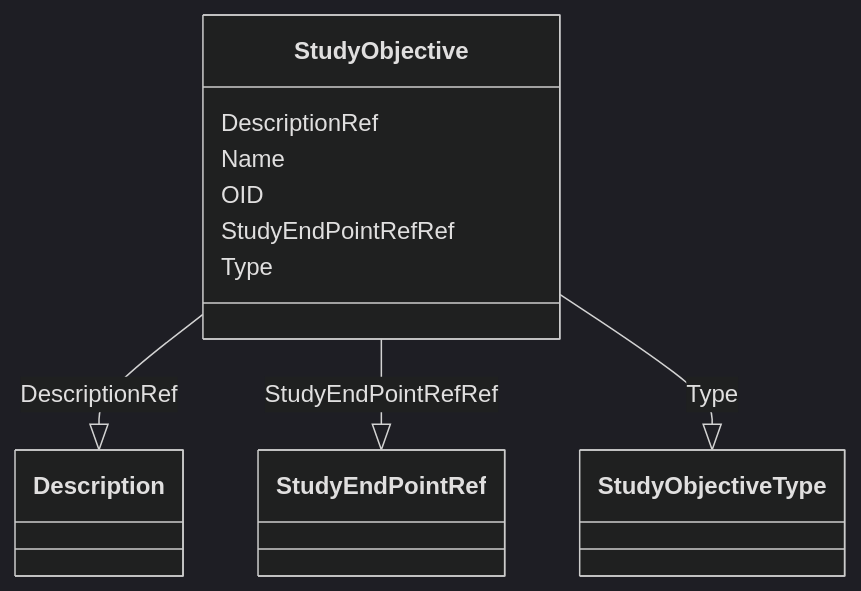
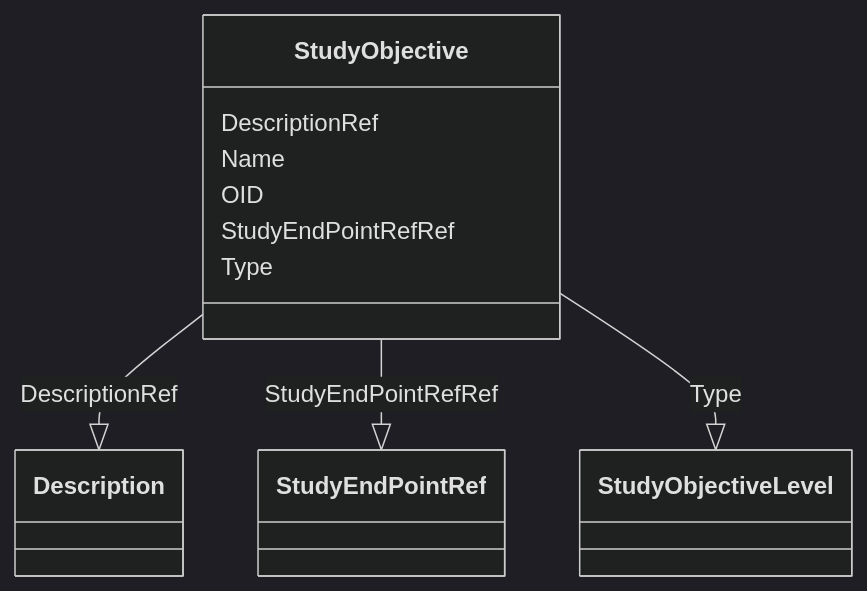
One commit to cdisc-org/DataExchange-ODM-LinkML changed the diagram in docs/StudyObjective.md. Above: the diagram before and after it, drawn with Mermaid (dark theme). The commit also changed other lines of this file and 398 other files, not shown here.

Commit message:
refreshing for latest updates to schema

````diff
--- a/docs/StudyObjective.md
+++ b/docs/StudyObjective.md
@@ -9,21 +9,21 @@
 ```mermaid
  classDiagram
     class StudyObjective
       StudyObjective : DescriptionRef
         
           StudyObjective --|> Description : DescriptionRef
         
       StudyObjective : Name
         
       StudyObjective : OID
         
       StudyObjective : StudyEndPointRefRef
         
           StudyObjective --|> StudyEndPointRef : StudyEndPointRefRef
         
       StudyObjective : Type
         
-          StudyObjective --|> StudyObjectiveType : Type
+          StudyObjective --|> StudyObjectiveLevel : Type
         
       
 ```
````
